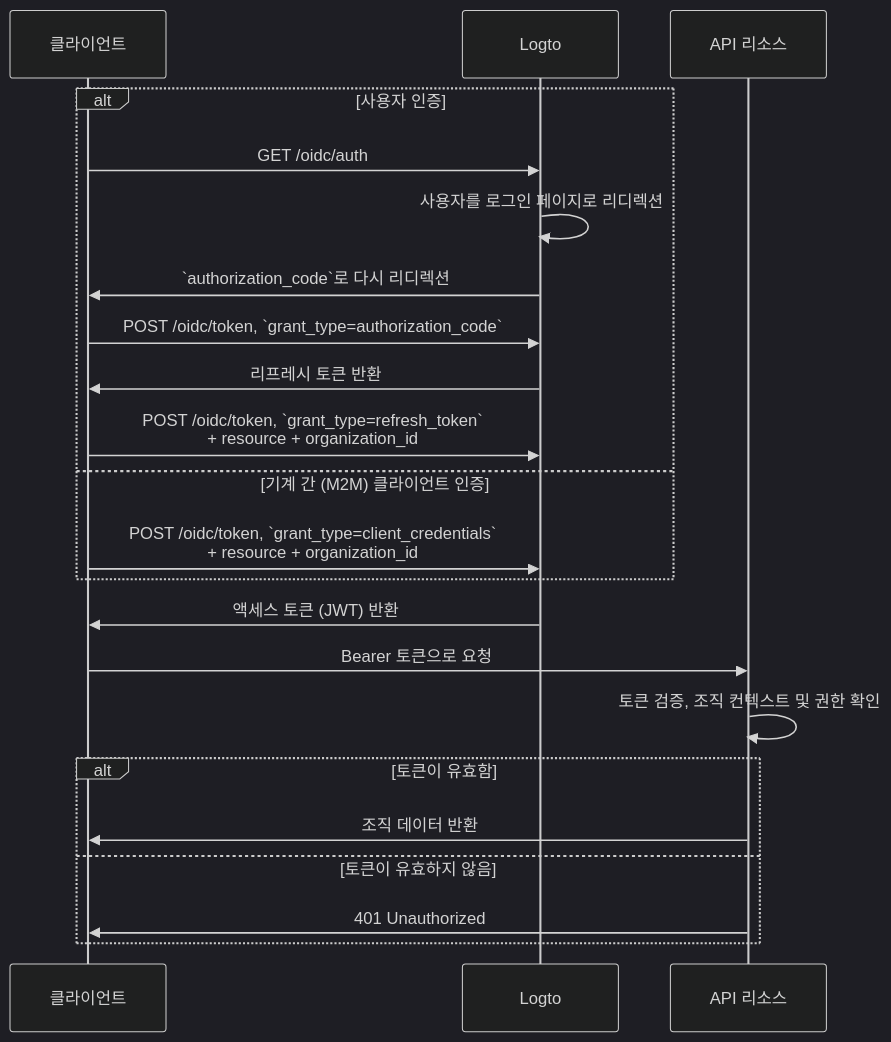
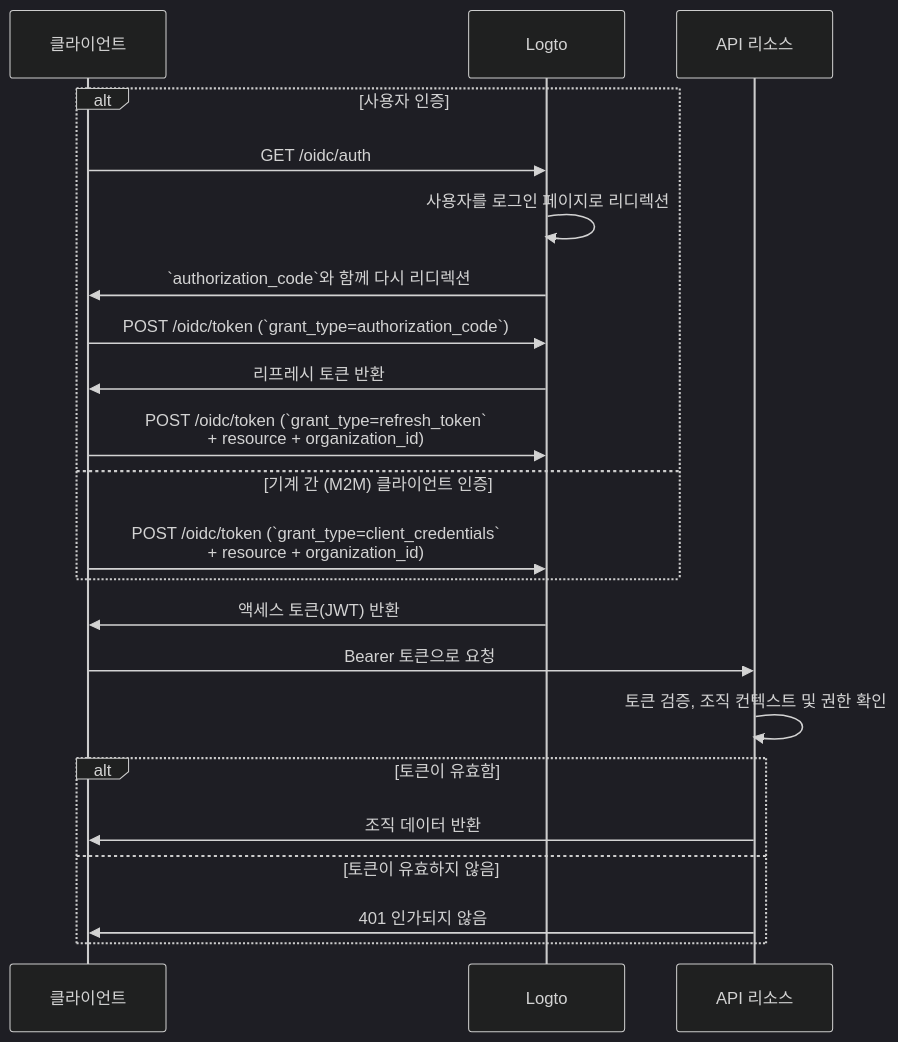
One commit to logto-io/docs changed the diagram in i18n/ko/docusaurus-plugin-content-docs/current/authorization/organization-level-api-resources.mdx. Above: the diagram before and after it, drawn with Mermaid (dark theme). The commit also changed other lines of this file and 36 other files, not shown here.

````diff
--- a/i18n/ko/docusaurus-plugin-content-docs/current/authorization/organization-level-api-resources.mdx
+++ b/i18n/ko/docusaurus-plugin-content-docs/current/authorization/organization-level-api-resources.mdx
@@ -65,27 +66,27 @@
 ```mermaid
 sequenceDiagram
     participant Client as 클라이언트
     participant Logto as Logto
     participant API as API 리소스
 
     alt 사용자 인증
         Client->>Logto: GET /oidc/auth
         Logto->>Logto: 사용자를 로그인 페이지로 리디렉션
-        Logto->>Client: `authorization_code`로 다시 리디렉션
-        Client->>Logto: POST /oidc/token, `grant_type=authorization_code`
+        Logto->>Client: `authorization_code`와 함께 다시 리디렉션
+        Client->>Logto: POST /oidc/token (`grant_type=authorization_code`)
         Logto->>Client: 리프레시 토큰 반환
-        Client->>Logto: POST /oidc/token, `grant_type=refresh_token`<br/>+ resource + organization_id
+        Client->>Logto: POST /oidc/token (`grant_type=refresh_token`<br/>+ resource + organization_id)
     else 기계 간 (M2M) 클라이언트 인증
-        Client->>Logto: POST /oidc/token, `grant_type=client_credentials`<br/>+ resource + organization_id
+        Client->>Logto: POST /oidc/token (`grant_type=client_credentials`<br/>+ resource + organization_id)
     end
 
-    Logto->>Client: 액세스 토큰 (JWT) 반환
+    Logto->>Client: 액세스 토큰(JWT) 반환
     Client->>API: Bearer 토큰으로 요청
     API->>API: 토큰 검증, 조직 컨텍스트 및 권한 확인
 
     alt 토큰이 유효함
       API->>Client: 조직 데이터 반환
     else 토큰이 유효하지 않음
-      API->>Client: 401 Unauthorized
+      API->>Client: 401 인가되지 않음
     end
 ```
````
